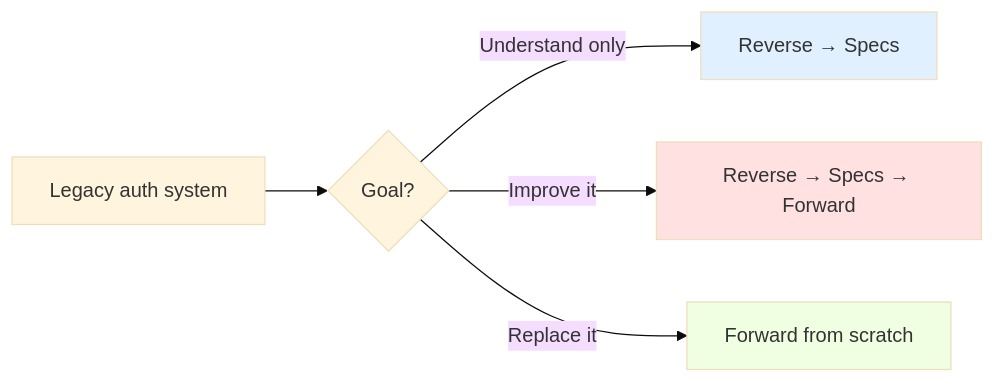
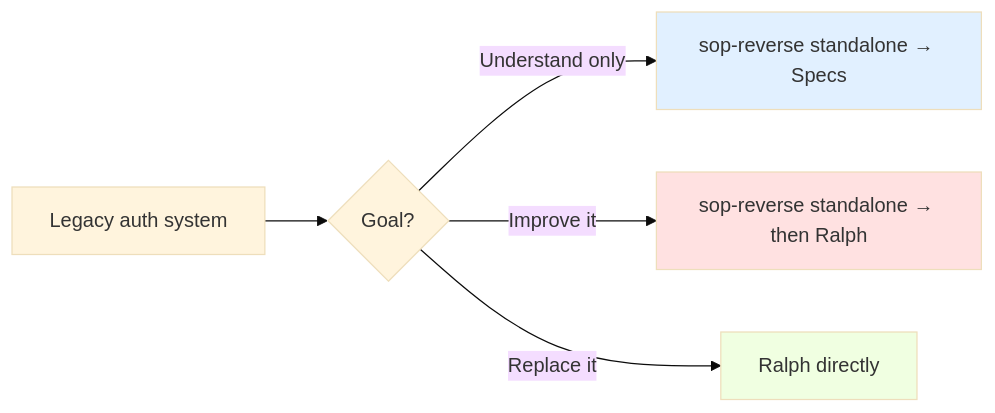
One commit to Dario-Arcos/ai-framework changed the fourth of 5 diagrams in skills/ralph-orchestrator/references/mode-selection.md. Above: the diagram before and after it, drawn with Mermaid (base theme). The commit also changed other lines of this file and 5 other files, not shown here.

First line of the commit message:
refactor(ralph-orchestrator): simplify from 3 routes to single referent-only flow

````diff
--- a/skills/ralph-orchestrator/references/mode-selection.md
+++ b/skills/ralph-orchestrator/references/mode-selection.md
@@ -149,11 +142,11 @@
 ```mermaid
 graph LR
     A[Legacy auth system] --> B{Goal?}
-    B -->|Understand only| C[Reverse → Specs]
-    B -->|Improve it| D[Reverse → Specs → Forward]
-    B -->|Replace it| E[Forward from scratch]
+    B -->|Understand only| C[sop-reverse standalone → Specs]
+    B -->|Improve it| D[sop-reverse standalone → then Ralph]
+    B -->|Replace it| E[Ralph directly]
 
     style C fill:#e1f0ff
     style D fill:#ffe1e1
     style E fill:#f0ffe1
 ```
````
